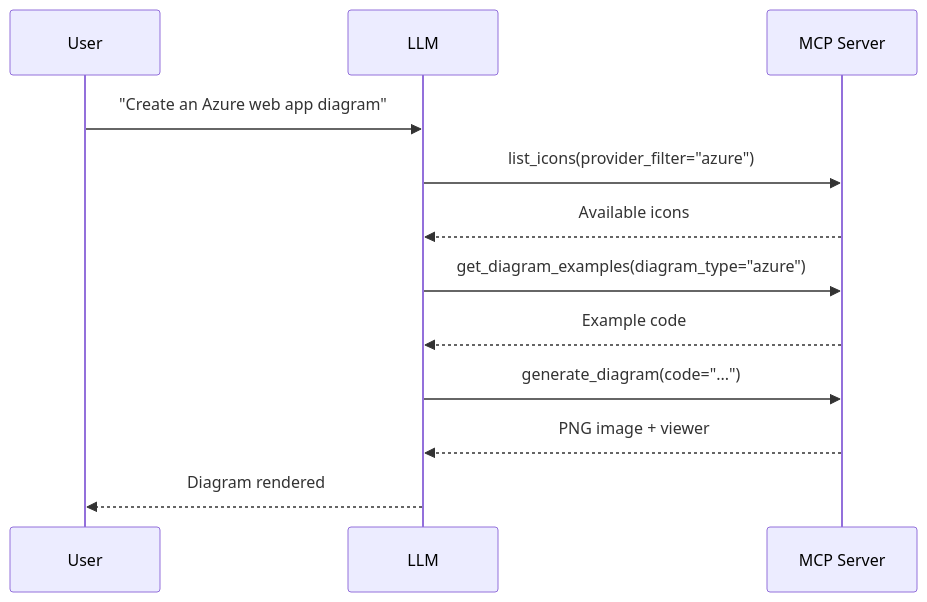
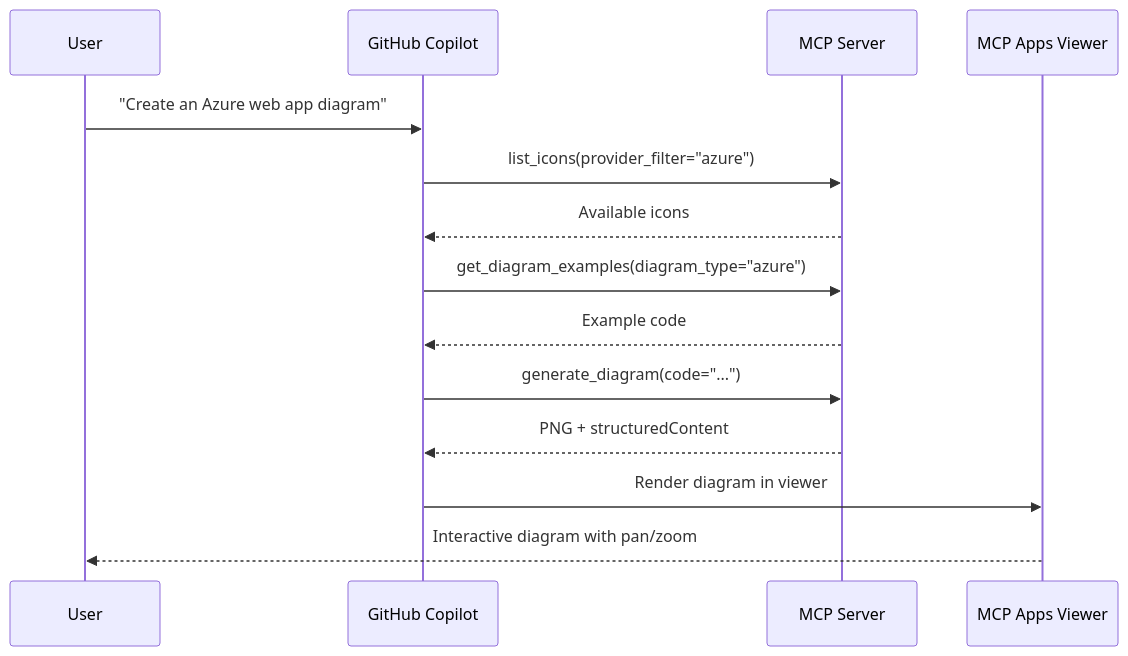
The third of 5 diagrams in README.md (microsoft/diagrams-mcp-server), drawn with Mermaid before and after one commit. The commit also changed other lines of this file and 9 other files, not shown here.

First line of the commit message:
fix: Copilot-focused docs, MCP Apps viewer docs, CI fixes

````diff
--- a/README.md
+++ b/README.md
@@ -124,15 +134,17 @@
 ```mermaid
 sequenceDiagram
     participant User
-    participant LLM
+    participant Copilot as GitHub Copilot
     participant MCP as MCP Server
+    participant App as MCP Apps Viewer
 
-    User->>LLM: "Create an Azure web app diagram"
-    LLM->>MCP: list_icons(provider_filter="azure")
-    MCP-->>LLM: Available icons
-    LLM->>MCP: get_diagram_examples(diagram_type="azure")
-    MCP-->>LLM: Example code
-    LLM->>MCP: generate_diagram(code="...")
-    MCP-->>LLM: PNG image + viewer
-    LLM-->>User: Diagram rendered
+    User->>Copilot: "Create an Azure web app diagram"
+    Copilot->>MCP: list_icons(provider_filter="azure")
+    MCP-->>Copilot: Available icons
+    Copilot->>MCP: get_diagram_examples(diagram_type="azure")
+    MCP-->>Copilot: Example code
+    Copilot->>MCP: generate_diagram(code="...")
+    MCP-->>Copilot: PNG + structuredContent
+    Copilot->>App: Render diagram in viewer
+    App-->>User: Interactive diagram with pan/zoom
 ```
````
